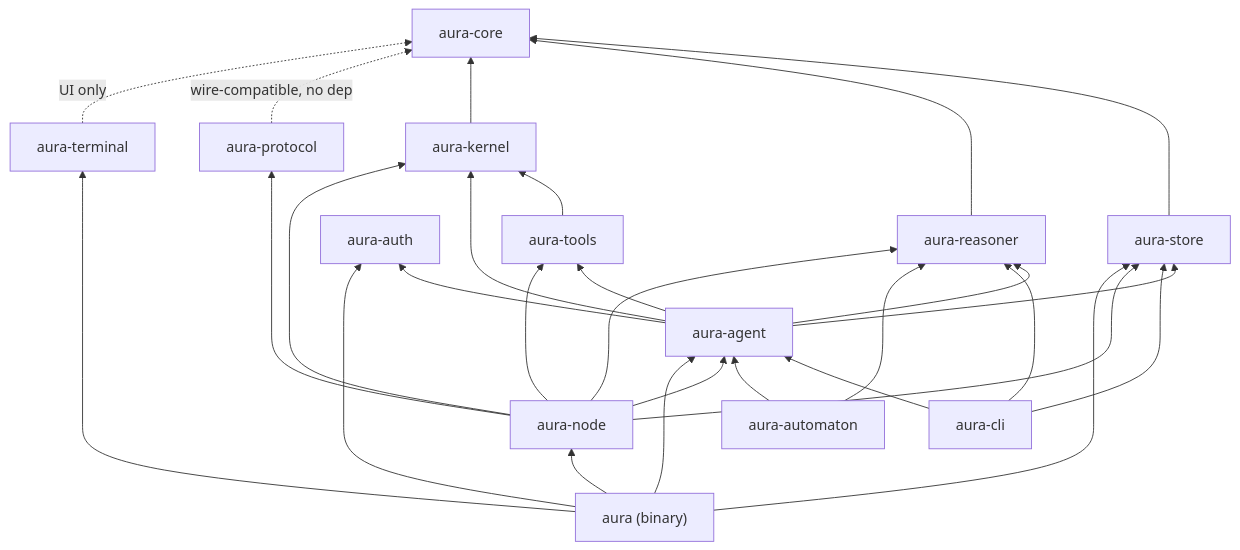
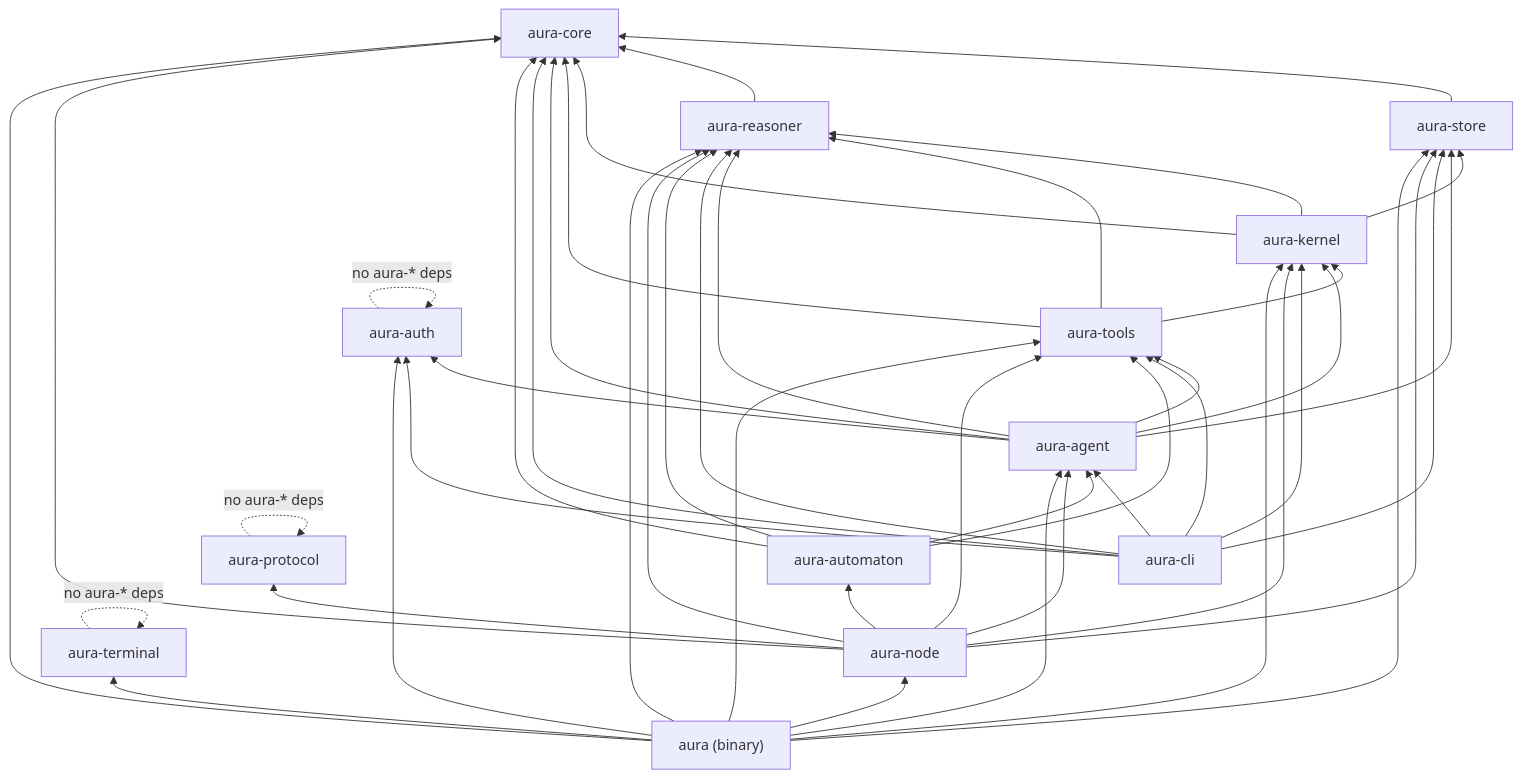
Before and after one commit to cypher-asi/aura-harness: the first of 9 diagrams in docs/architecture.md, drawn with Mermaid. The commit also changed other lines of this file and 3 other files, not shown here.

First line of the commit message:
docs: update architecture, README, and add invariants doc

````diff
--- a/docs/architecture.md
+++ b/docs/architecture.md
@@ -32,44 +32,62 @@
 ```mermaid
 graph BT
   core[aura-core]
   store[aura-store]
   reasoner[aura-reasoner]
   kernel[aura-kernel]
   tools[aura-tools]
   agent[aura-agent]
   protocol[aura-protocol]
   auth[aura-auth]
   terminal[aura-terminal]
   cli[aura-cli]
   automaton[aura-automaton]
   node[aura-node]
   root["aura (binary)"]
 
   store --> core
   reasoner --> core
   kernel --> core
+  kernel --> store
+  kernel --> reasoner
+  tools --> core
   tools --> kernel
+  tools --> reasoner
+  agent --> core
   agent --> kernel
   agent --> reasoner
   agent --> tools
   agent --> store
   agent --> auth
-  protocol -.-> |"wire-compatible, no dep"| core
-  terminal -.-> |"UI only"| core
+  protocol -.-> |"no aura-* deps"| protocol
+  auth -.-> |"no aura-* deps"| auth
+  terminal -.-> |"no aura-* deps"| terminal
+  cli --> core
   cli --> agent
+  cli --> auth
   cli --> store
   cli --> reasoner
+  cli --> tools
+  cli --> kernel
   automaton --> agent
+  automaton --> core
+  automaton --> tools
   automaton --> reasoner
-  node --> agent
+  node --> core
+  node --> protocol
   node --> store
+  node --> tools
   node --> reasoner
   node --> kernel
-  node --> tools
-  node --> protocol
+  node --> agent
+  node --> automaton
+  root --> terminal
+  root --> core
+  root --> kernel
+  root --> store
+  root --> reasoner
+  root --> tools
   root --> agent
-  root --> terminal
+  root --> auth
   root --> node
-  root --> auth
-  root --> store
 ```
````
